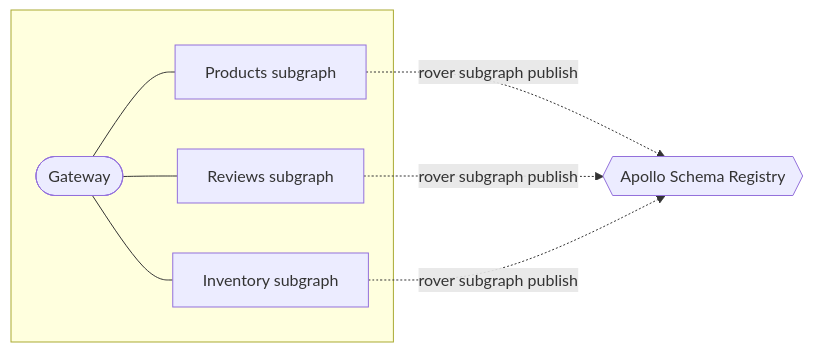
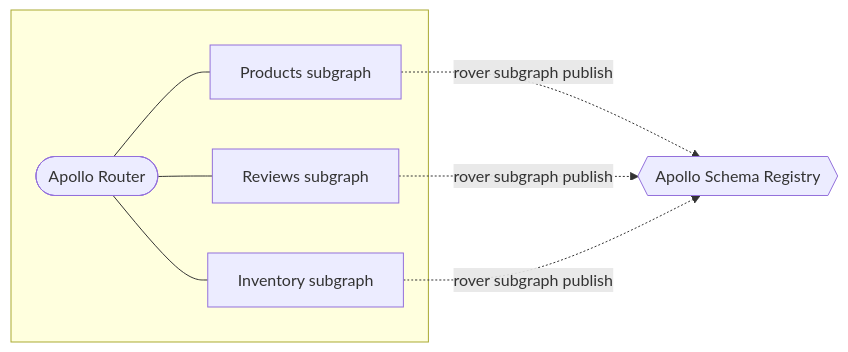
Before and after one commit to apollographql/router: the diagram in docs/shared/register-federated-cli.mdx, drawn with Mermaid. The commit also changed other lines of this file and 12 other files, not shown here.

````diff
--- a/docs/shared/register-federated-cli.mdx
+++ b/docs/shared/register-federated-cli.mdx
@@ -3,13 +3,13 @@
 ```mermaid
 graph LR;
   subgraph " "
-  gateway([Gateway]);
+  gateway([Apollo Router]);
   subgraphA[Products subgraph];
   subgraphB[Reviews subgraph];
   subgraphC[Inventory subgraph];
   end
   registry{{Apollo Schema Registry}};
   gateway --- subgraphA & subgraphB & subgraphC;
   subgraphA & subgraphB & subgraphC -. rover subgraph publish  .-> registry;
   class registry secondary;
 ```
````
